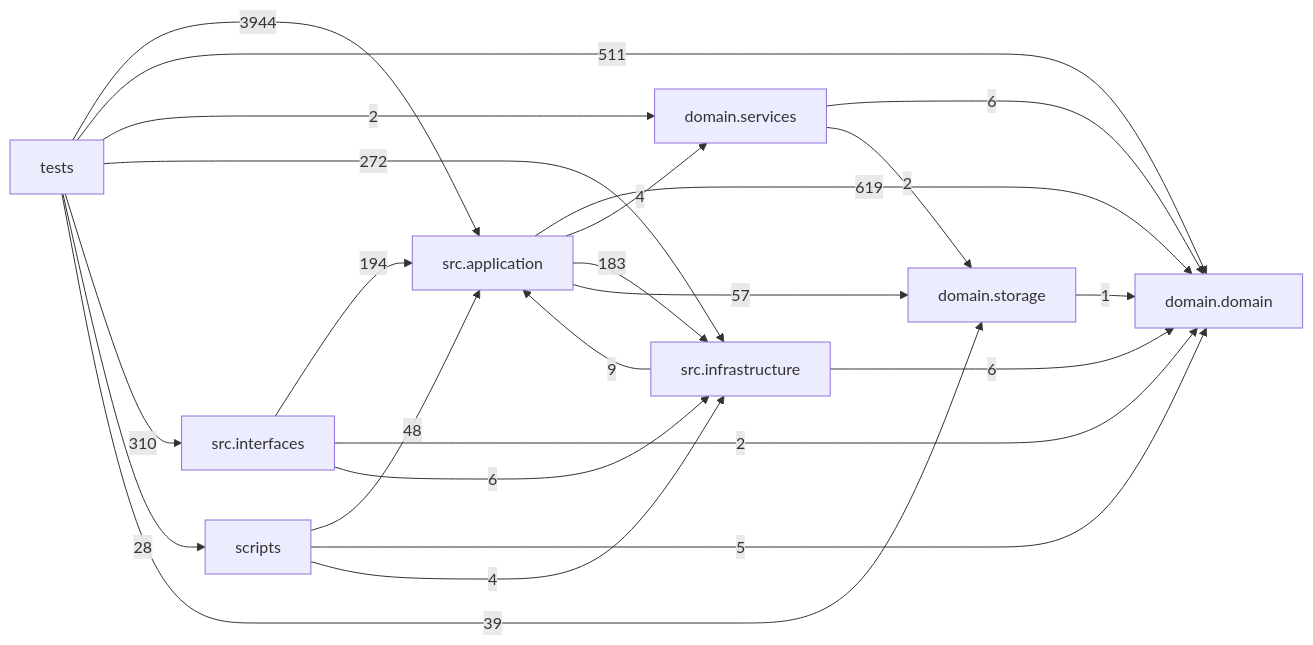
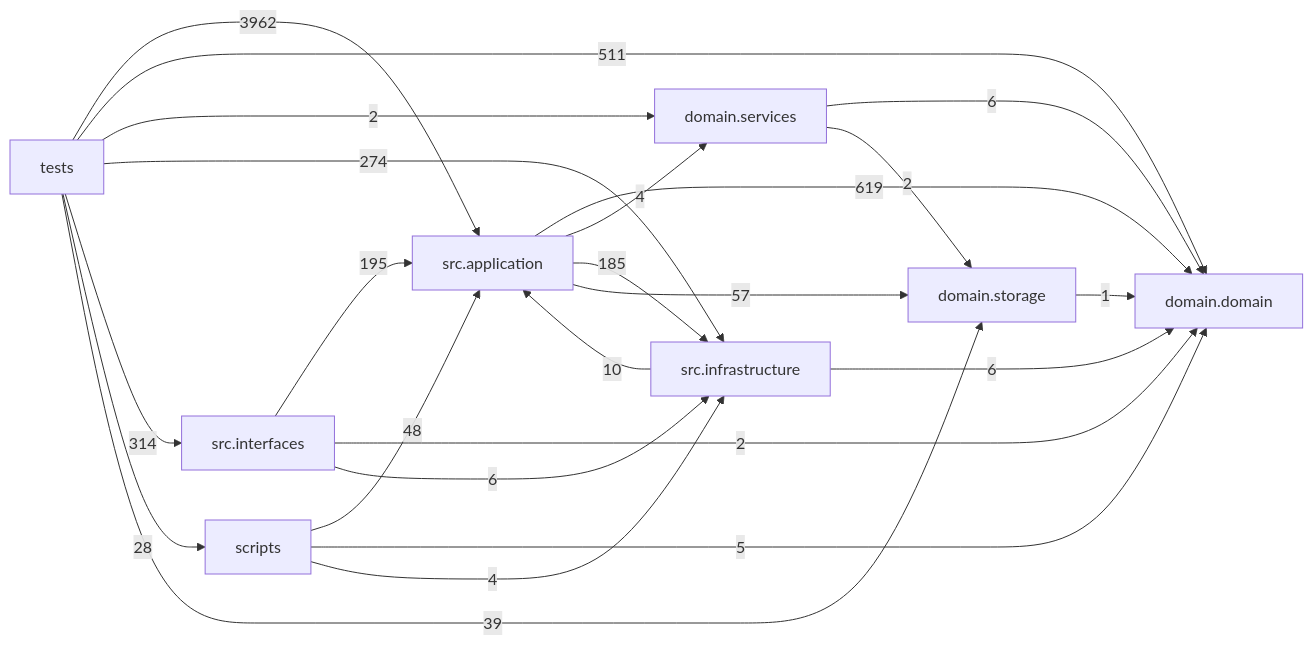
The diagram in docs/DEPENDENCY_GRAPH.md (liuxie066/options-monitor), drawn with Mermaid before and after one commit. The commit also changed other lines of this file and 14 other files, not shown here.

````diff
--- a/docs/DEPENDENCY_GRAPH.md
+++ b/docs/DEPENDENCY_GRAPH.md
@@ -24,33 +24,33 @@
 ```mermaid
 flowchart LR
   tests["tests"]
   scripts["scripts"]
   interfaces["src.interfaces"]
   application["src.application"]
   infrastructure["src.infrastructure"]
   domain_services["domain.services"]
   domain["domain.domain"]
   storage["domain.storage"]
   application -->|619| domain
   application -->|4| domain_services
-  application -->|183| infrastructure
+  application -->|185| infrastructure
   application -->|57| storage
   domain_services -->|6| domain
   domain_services -->|2| storage
-  infrastructure -->|9| application
+  infrastructure -->|10| application
   infrastructure -->|6| domain
-  interfaces -->|194| application
+  interfaces -->|195| application
   interfaces -->|2| domain
   interfaces -->|6| infrastructure
   scripts -->|48| application
   scripts -->|5| domain
   scripts -->|4| infrastructure
   storage -->|1| domain
-  tests -->|3944| application
+  tests -->|3962| application
   tests -->|511| domain
   tests -->|2| domain_services
-  tests -->|272| infrastructure
-  tests -->|310| interfaces
+  tests -->|274| infrastructure
+  tests -->|314| interfaces
   tests -->|28| scripts
   tests -->|39| storage
 ```
````
